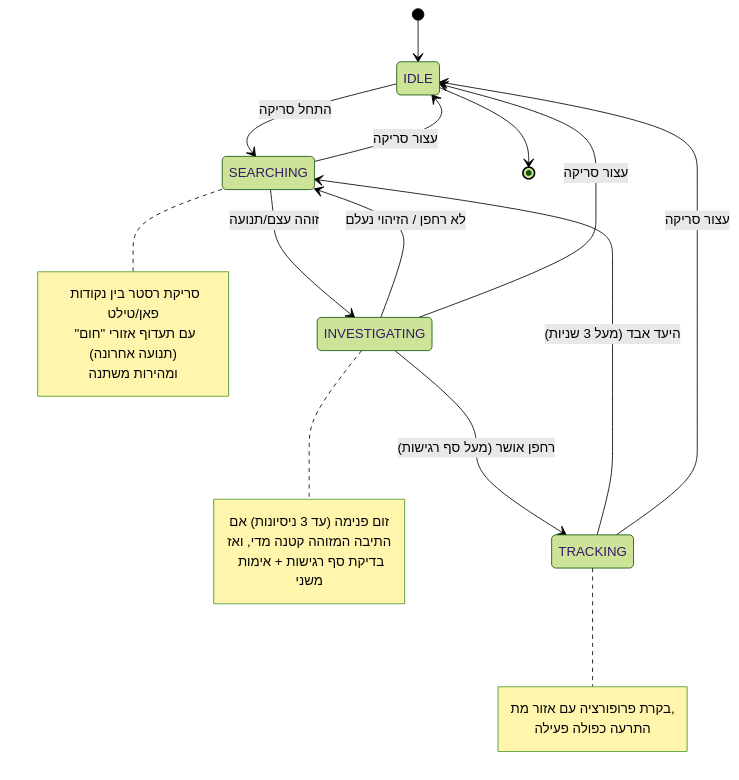
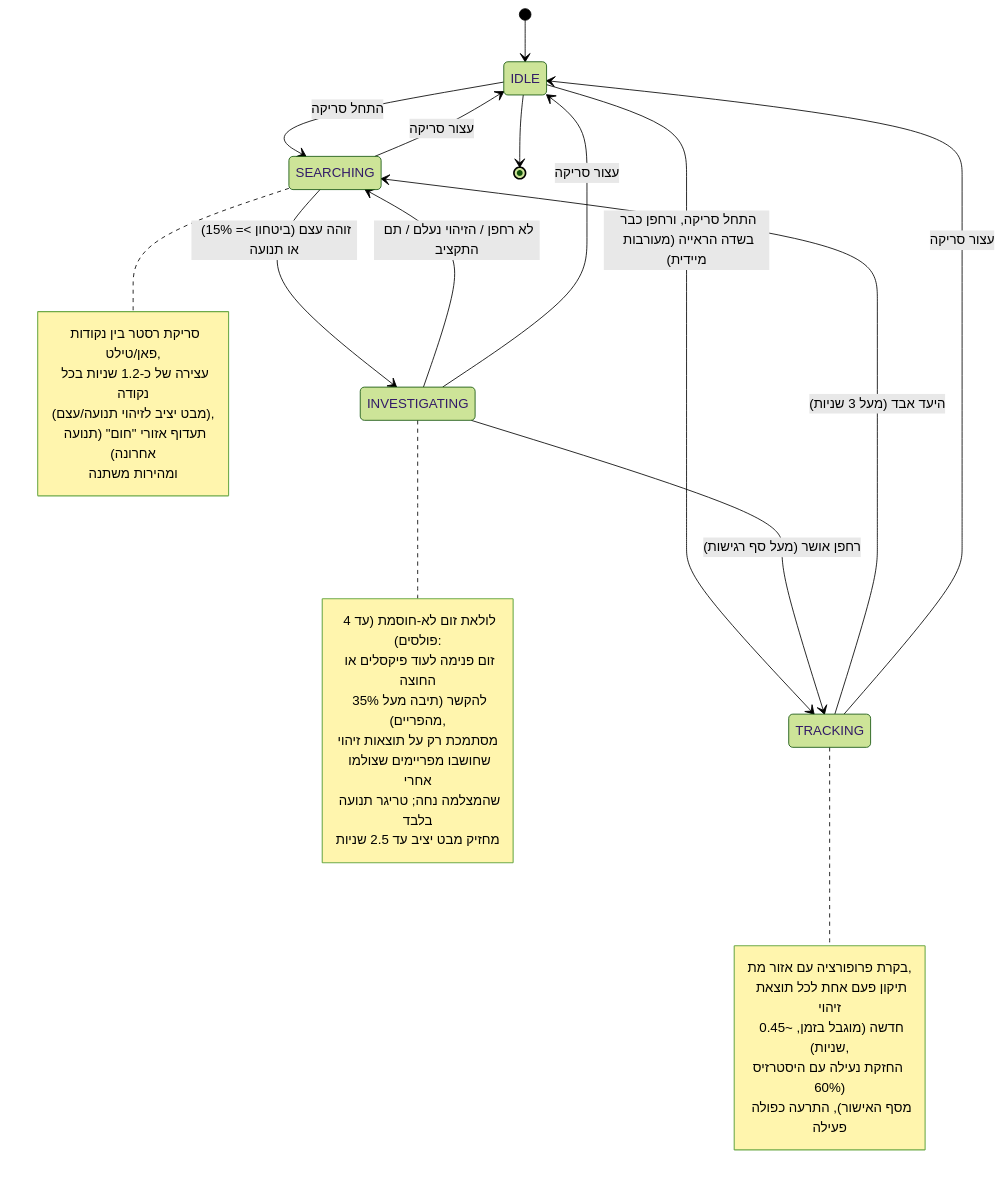
Before and after one commit to aviayeli/avigilon-ptz-dashboard: the third of 4 diagrams in README.md, drawn with Mermaid (forest theme). The commit also changed other lines of this file, not shown here.

First line of the commit message:
Update README to match the overhauled architecture

````diff
--- a/README.md
+++ b/README.md
@@ -271,30 +273,40 @@
 ```mermaid
 stateDiagram-v2
     [*] --> IDLE
     IDLE --> SEARCHING: התחל סריקה
-    SEARCHING --> INVESTIGATING: זוהה עצם/תנועה
-    INVESTIGATING --> SEARCHING: לא רחפן / הזיהוי נעלם
+    IDLE --> TRACKING: התחל סריקה, ורחפן כבר בשדה הראייה (מעורבות מיידית)
+    SEARCHING --> INVESTIGATING: זוהה עצם (ביטחון >= 15%) או תנועה
+    INVESTIGATING --> SEARCHING: לא רחפן / הזיהוי נעלם / תם התקציב
     INVESTIGATING --> TRACKING: רחפן אושר (מעל סף רגישות)
     TRACKING --> SEARCHING: היעד אבד (מעל 3 שניות)
     SEARCHING --> IDLE: עצור סריקה
     INVESTIGATING --> IDLE: עצור סריקה
     TRACKING --> IDLE: עצור סריקה
     IDLE --> [*]
 
     note right of SEARCHING
-        סריקת רסטר בין נקודות פאן/טילט
-        עם תעדוף אזורי "חום" (תנועה אחרונה)
+        סריקת רסטר בין נקודות פאן/טילט,
+        עצירה של כ-1.2 שניות בכל נקודה
+        (מבט יציב לזיהוי תנועה/עצם),
+        תעדוף אזורי "חום" (תנועה אחרונה)
         ומהירות משתנה
     end note
 
     note right of INVESTIGATING
-        זום פנימה (עד 3 ניסיונות) אם
-        התיבה המזוהה קטנה מדי, ואז
-        בדיקת סף רגישות + אימות משני
+        לולאת זום לא-חוסמת (עד 4 פולסים):
+        זום פנימה לעוד פיקסלים או החוצה
+        להקשר (תיבה מעל 35% מהפריים),
+        מסתמכת רק על תוצאות זיהוי
+        שחושבו מפריימים שצולמו אחרי
+        שהמצלמה נחה; טריגר תנועה בלבד
+        מחזיק מבט יציב עד 2.5 שניות
     end note
 
     note right of TRACKING
         בקרת פרופורציה עם אזור מת,
-        התרעה כפולה פעילה
+        תיקון פעם אחת לכל תוצאת זיהוי
+        חדשה (מוגבל בזמן, ~0.45 שניות),
+        החזקת נעילה עם היסטרזיס (60%
+        מסף האישור), התרעה כפולה פעילה
     end note
 ```
````
